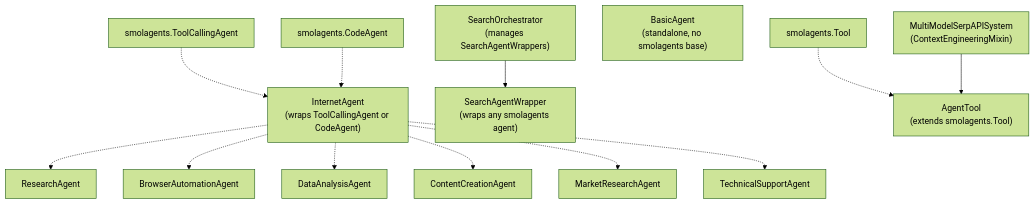
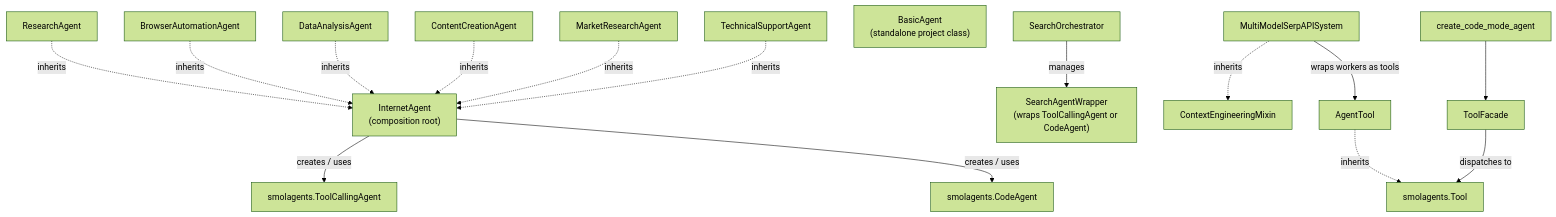
One commit to AgenticInternet/agentic-internet changed the third of 10 diagrams in specs/CODEBASE_DIAGRAM.md. Above: the diagram before and after it, drawn with Mermaid (forest theme). The commit also changed other lines of this file, not shown here.

Commit message:
docs: update codebase architecture diagrams

````diff
--- a/specs/CODEBASE_DIAGRAM.md
+++ b/specs/CODEBASE_DIAGRAM.md
@@ -260,33 +222,40 @@
 ```mermaid
 flowchart TB
     smolagents_tca["smolagents.ToolCallingAgent"]
     smolagents_ca["smolagents.CodeAgent"]
     smolagents_tool["smolagents.Tool"]
 
-    internet_agent["InternetAgent<br/>(wraps ToolCallingAgent or CodeAgent)"]
+    internet_agent["InternetAgent<br/>(composition root)"]
     research_agent["ResearchAgent"]
     browser_agent["BrowserAutomationAgent"]
     data_agent["DataAnalysisAgent"]
     content_agent["ContentCreationAgent"]
     market_agent["MarketResearchAgent"]
     tech_agent["TechnicalSupportAgent"]
-    basic_agent["BasicAgent<br/>(standalone, no smolagents base)"]
+    basic_agent["BasicAgent<br/>(standalone project class)"]
 
-    smolagents_tca -.-> internet_agent
-    smolagents_ca -.-> internet_agent
-    internet_agent -.-> research_agent
-    internet_agent -.-> browser_agent
-    internet_agent -.-> data_agent
-    internet_agent -.-> content_agent
-    internet_agent -.-> market_agent
-    internet_agent -.-> tech_agent
+    internet_agent -->|"creates / uses"| smolagents_tca
+    internet_agent -->|"creates / uses"| smolagents_ca
+    research_agent -. "inherits" .-> internet_agent
+    browser_agent -. "inherits" .-> internet_agent
+    data_agent -. "inherits" .-> internet_agent
+    content_agent -. "inherits" .-> internet_agent
+    market_agent -. "inherits" .-> internet_agent
+    tech_agent -. "inherits" .-> internet_agent
 
-    search_orch["SearchOrchestrator<br/>(manages SearchAgentWrappers)"]
-    search_wrapper["SearchAgentWrapper<br/>(wraps any smolagents agent)"]
-    search_orch --> search_wrapper
+    search_orch["SearchOrchestrator"]
+    search_wrapper["SearchAgentWrapper<br/>(wraps ToolCallingAgent or CodeAgent)"]
+    search_orch -->|"manages"| search_wrapper
 
-    mm_system["MultiModelSerpAPISystem<br/>(ContextEngineeringMixin)"]
-    agent_tool["AgentTool<br/>(extends smolagents.Tool)"]
-    smolagents_tool -.-> agent_tool
-    mm_system --> agent_tool
+    mm_system["MultiModelSerpAPISystem"]
+    context_mixin["ContextEngineeringMixin"]
+    agent_tool["AgentTool"]
+    mm_system -. "inherits" .-> context_mixin
+    agent_tool -. "inherits" .-> smolagents_tool
+    mm_system -->|"wraps workers as tools"| agent_tool
+
+    code_mode["create_code_mode_agent"]
+    facade["ToolFacade"]
+    code_mode --> facade
+    facade -->|"dispatches to"| smolagents_tool
 ```
````
